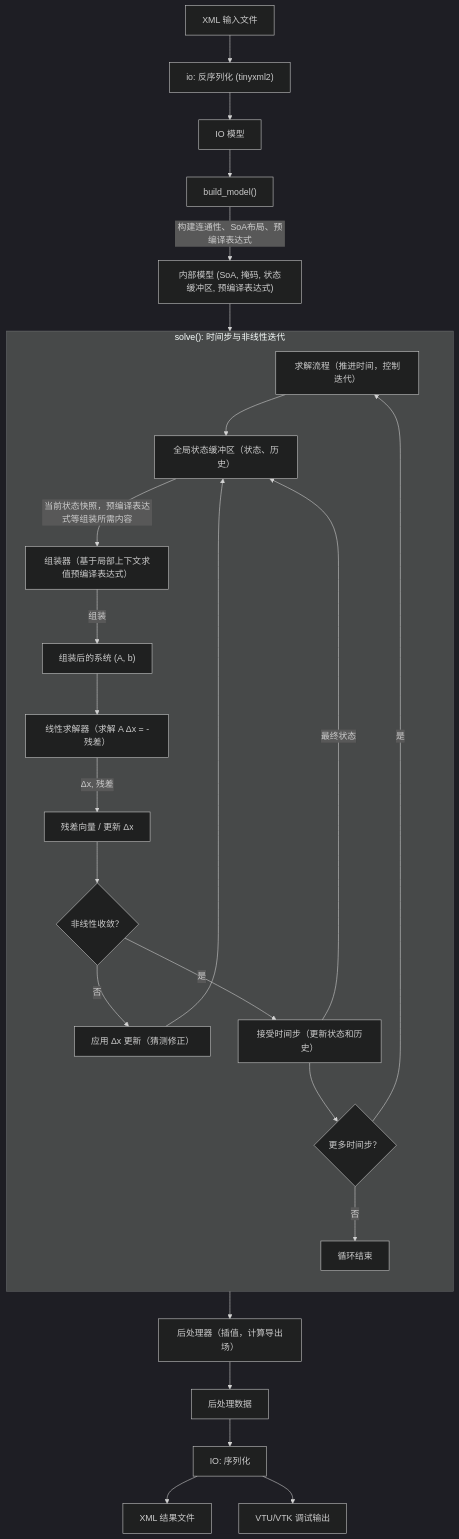
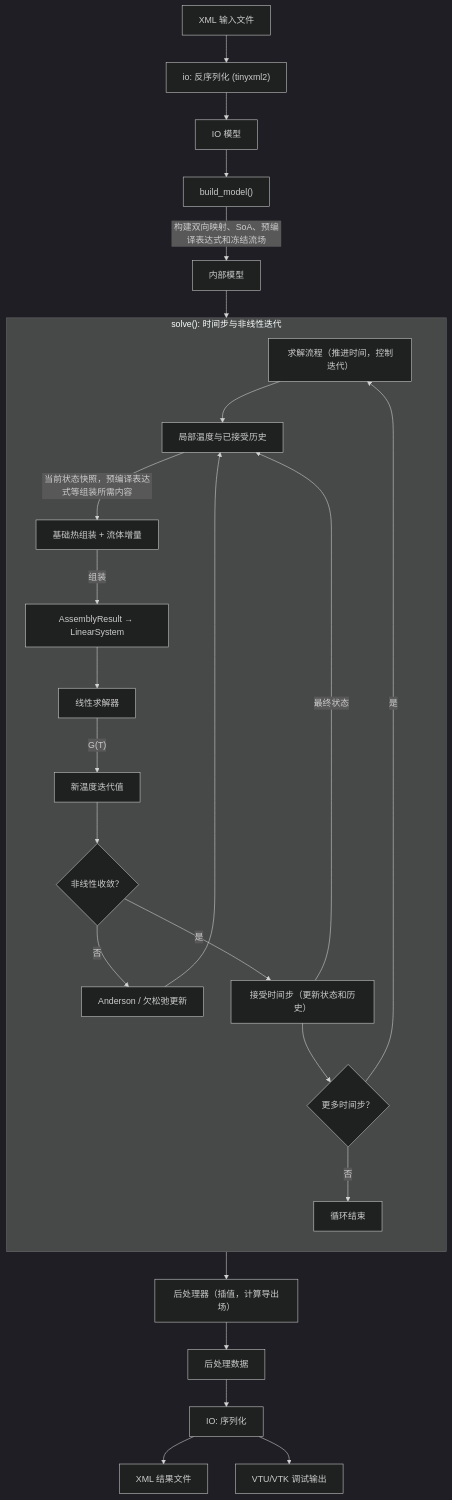
The diagram in README.md (catyugu/MetaHotspot), drawn with Mermaid (dark theme) before and after one commit. The commit also changed other lines of this file and 21 other files, not shown here.

````diff
--- a/README.md
+++ b/README.md
@@ -47,41 +43,41 @@
 ```mermaid
 flowchart TD
     XML["XML 输入文件"] --> io_read["io: 反序列化 (tinyxml2)"]
     io_read --> ModelDefinition["IO 模型"]
     ModelDefinition --> pre["build_model()"]
-    pre -- "构建连通性、SoA布局、预编译表达式" --> Model["内部模型 (SoA, 掩码, 状态缓冲区, 预编译表达式)"]
+    pre -- "构建双向映射、SoA、预编译表达式和冻结流场" --> Model["内部模型"]
 
     Model --> sched
 
     subgraph SimulationLoop ["solve(): 时间步与非线性迭代"]
         direction TB
         sched["求解流程（推进时间，控制迭代）"]
-        stat["全局状态缓冲区（状态、历史）"]
-        assembler["组装器（基于局部上下文求值预编译表达式）"]
-        Asys["组装后的系统 (A, b)"]
-        solver["线性求解器（求解 A Δx = -残差）"]
-        Dx["残差向量 / 更新 Δx"]
+        stat["局部温度与已接受历史"]
+        assembler["基础热组装 + 流体增量"]
+        Asys["AssemblyResult → LinearSystem"]
+        solver["线性求解器"]
+        Dx["新温度迭代值"]
         converged{"非线性收敛？"}
 
         sched --> stat
         stat -- "当前状态快照，预编译表达式等组装所需内容" --> assembler
         assembler -- "组装" --> Asys
         Asys --> solver
-        solver -- "Δx, 残差" --> Dx
+        solver -- "G(T)" --> Dx
         Dx --> converged
 
-        converged -- "否" --> update_guess["应用 Δx 更新（猜测修正）"] --> stat
+        converged -- "否" --> update_guess["Anderson / 欠松弛更新"] --> stat
         converged -- "是" --> accept["接受时间步（更新状态和历史）"]
         accept -- "最终状态" --> stat
         accept --> next_time{"更多时间步？"}
         next_time -- "是" --> sched
         next_time -- "否" --> loop_done["循环结束"]
     end
 
     loop_done --> post["后处理器（插值，计算导出场）"]
     post --> Pdata["后处理数据"]
     Pdata --> io_write["IO: 序列化"]
     io_write --> XMLout["XML 结果文件"]
     io_write --> VTU["VTU/VTK 调试输出"]
 
 ```
````
